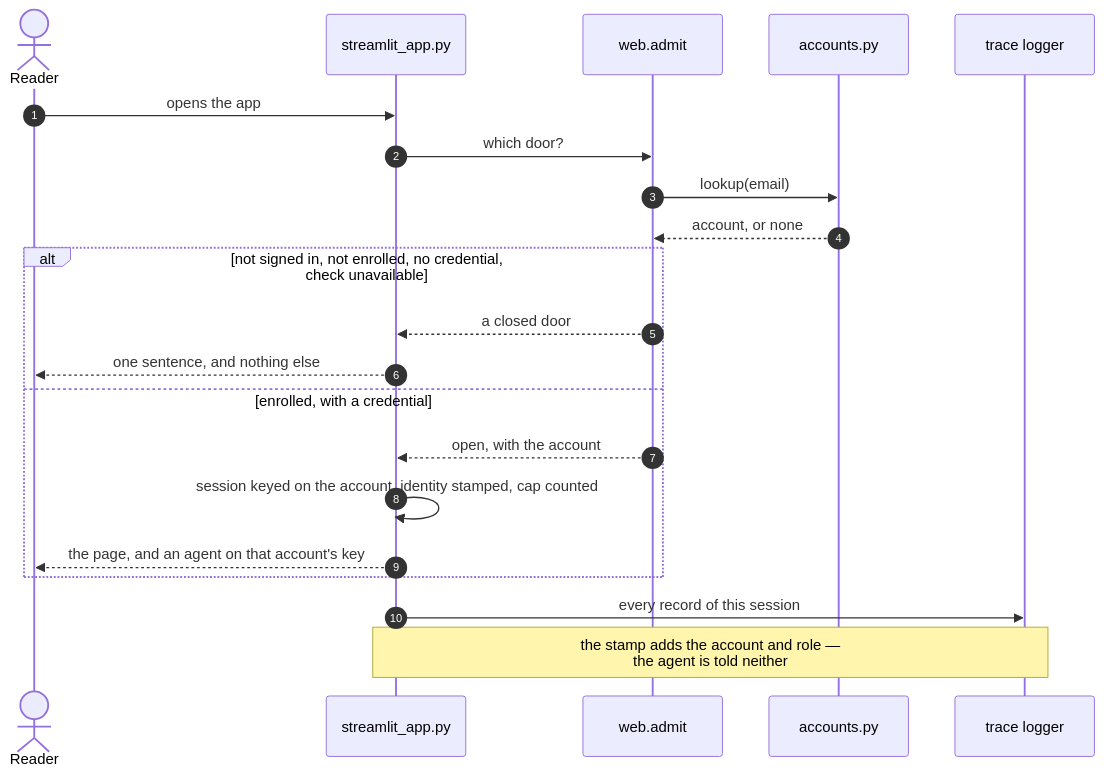
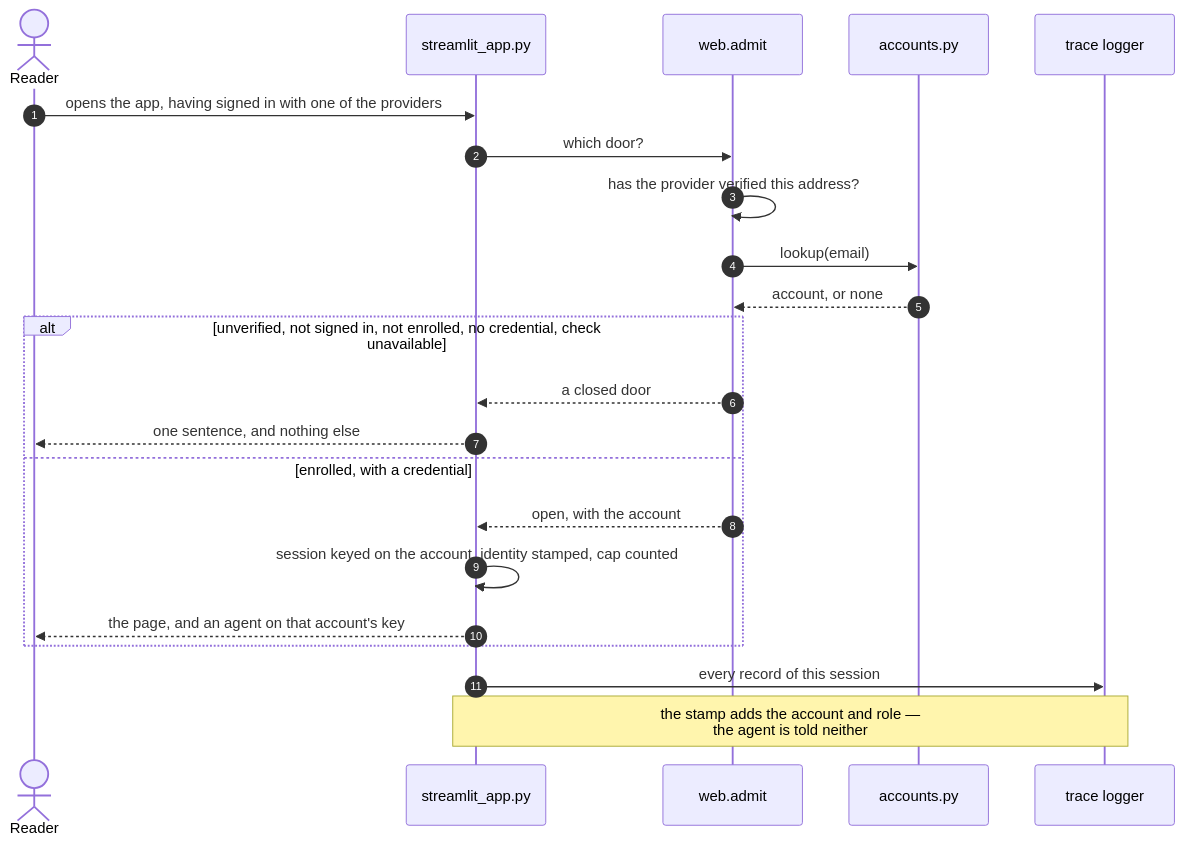
One commit to DukeOfErl/Numera changed the fourth of 8 diagrams in docs/diagrams/architecture.md. Above: the diagram before and after it, drawn with Mermaid. The commit also changed other lines of this file, not shown here.

First line of the commit message:
Redraw the door's diagram in the order the code actually runs, and add the command's

````diff
--- a/docs/diagrams/architecture.md
+++ b/docs/diagrams/architecture.md
@@ -150,23 +150,24 @@
 ```mermaid
 sequenceDiagram
     autonumber
     actor Reader
     participant Page as streamlit_app.py
     participant Door as web.admit
     participant Accounts as accounts.py
     participant Trail as trace logger
-    Reader->>Page: opens the app
+    Reader->>Page: opens the app, having signed in with one of the providers
     Page->>Door: which door?
+    Door->>Door: has the provider verified this address?
     Door->>Accounts: lookup(email)
     Accounts-->>Door: account, or none
-    alt not signed in, not enrolled, no credential, check unavailable
+    alt unverified, not signed in, not enrolled, no credential, check unavailable
         Door-->>Page: a closed door
         Page-->>Reader: one sentence, and nothing else
     else enrolled, with a credential
         Door-->>Page: open, with the account
         Page->>Page: session keyed on the account, identity stamped, cap counted
         Page-->>Reader: the page, and an agent on that account's key
     end
     Page->>Trail: every record of this session
     Note over Page,Trail: the stamp adds the account and role —<br/>the agent is told neither
 ```
````
